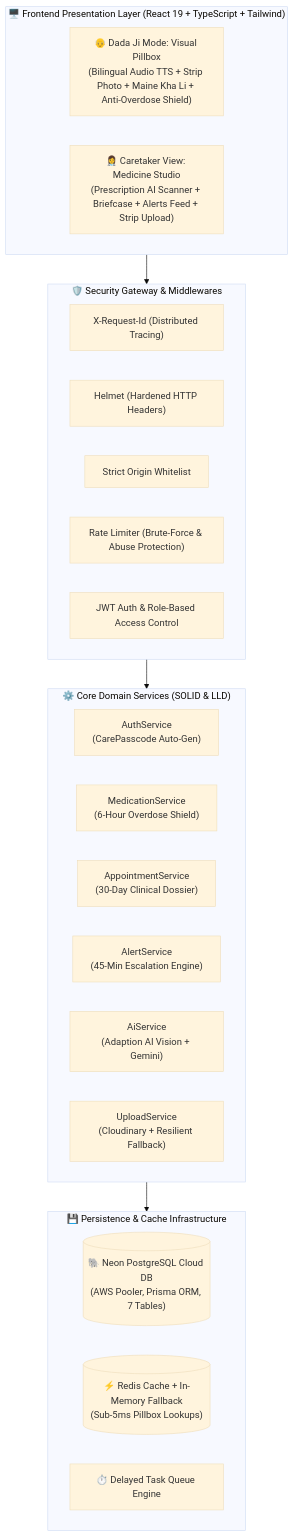
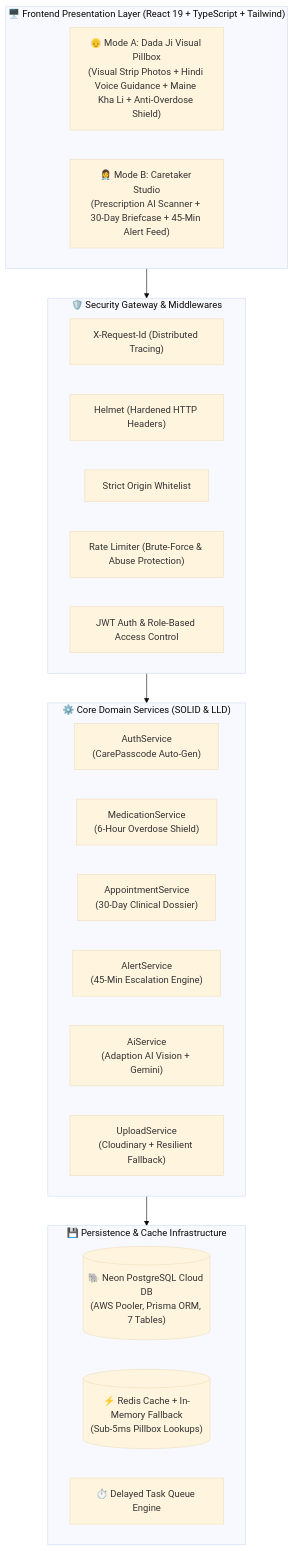
One commit to harshshivharedev/AayuCare changed the diagram in README.md. Above: the diagram before and after it, drawn with Mermaid (base theme). The commit also changed other lines of this file, not shown here.

````diff
--- a/README.md
+++ b/README.md
@@ -45,34 +88,34 @@
 ```mermaid
 flowchart TD
     subgraph ClientLayer["🖥️ Frontend Presentation Layer (React 19 + TypeScript + Tailwind)"]
-        DadaJi["👴 Dada Ji Mode: Visual Pillbox\n(Bilingual Audio TTS + Strip Photo + Maine Kha Li + Anti-Overdose Shield)"]
-        Caretaker["👩‍⚕️ Caretaker View: Medicine Studio\n(Prescription AI Scanner + Briefcase + Alerts Feed + Strip Upload)"]
+        DadaJi["👴 Mode A: Dada Ji Visual Pillbox\n(Visual Strip Photos + Hindi Voice Guidance + Maine Kha Li + Anti-Overdose Shield)"]
+        Caretaker["👩‍⚕️ Mode B: Caretaker Studio\n(Prescription AI Scanner + 30-Day Briefcase + 45-Min Alert Feed)"]
     end
 
     subgraph SecurityGateway["🛡️ Security Gateway & Middlewares"]
         ReqId["X-Request-Id (Distributed Tracing)"]
         Helmet["Helmet (Hardened HTTP Headers)"]
         CORS["Strict Origin Whitelist"]
         RateLimit["Rate Limiter (Brute-Force & Abuse Protection)"]
         JWT["JWT Auth & Role-Based Access Control"]
     end
 
     subgraph ServiceLayer["⚙️ Core Domain Services (SOLID & LLD)"]
         AuthSvc["AuthService\n(CarePasscode Auto-Gen)"]
         MedSvc["MedicationService\n(6-Hour Overdose Shield)"]
         BriefcaseSvc["AppointmentService\n(30-Day Clinical Dossier)"]
         AlertSvc["AlertService\n(45-Min Escalation Engine)"]
         AISvc["AiService\n(Adaption AI Vision + Gemini)"]
         UploadSvc["UploadService\n(Cloudinary + Resilient Fallback)"]
     end
 
     subgraph DataLayer["💾 Persistence & Cache Infrastructure"]
         NeonDB[("🐘 Neon PostgreSQL Cloud DB\n(AWS Pooler, Prisma ORM, 7 Tables)")]
         RedisCache[("⚡ Redis Cache + In-Memory Fallback\n(Sub-5ms Pillbox Lookups)")]
         QueueEngine["⏱️ Delayed Task Queue Engine"]
     end
 
     ClientLayer --> SecurityGateway
     SecurityGateway --> ServiceLayer
     ServiceLayer --> DataLayer
 ```
````
